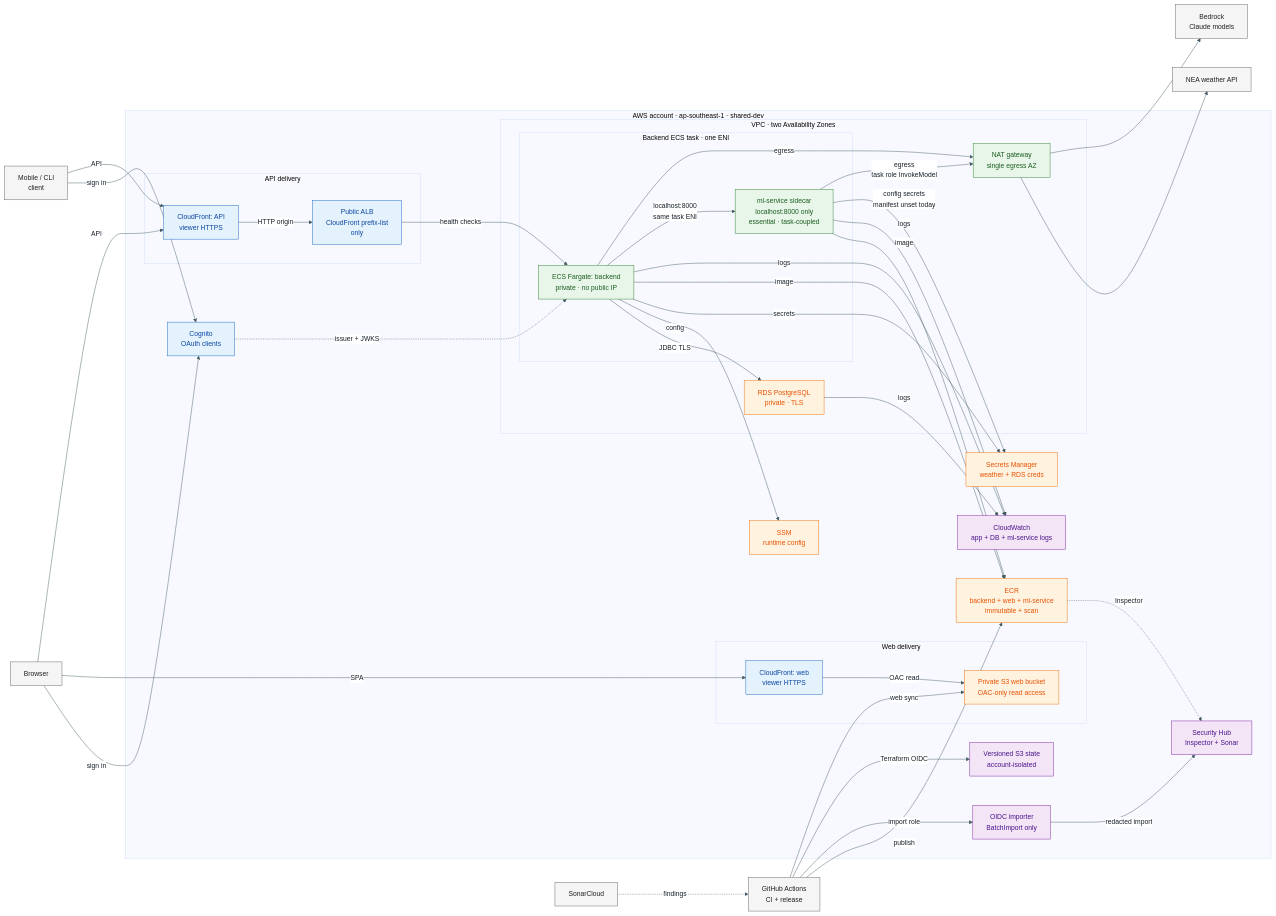
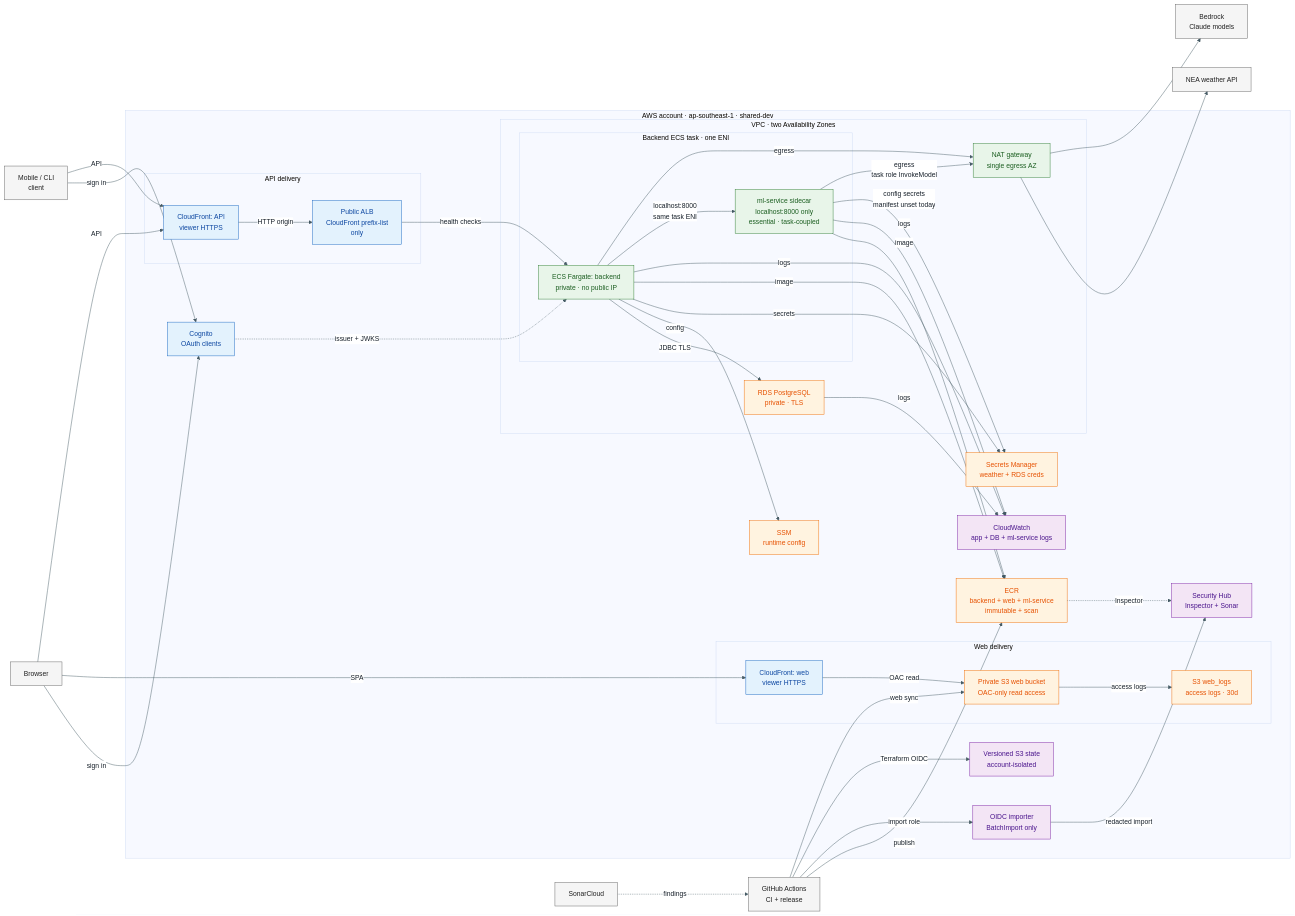
The first of 3 diagrams in docs/architecture/terraform-architecture.md (zctiong-iss/crewsafe), drawn with Mermaid before and after one commit. The commit also changed other lines of this file and 2 other files, not shown here.

Commit message:
feat: enhance architecture documentation with staging verification and access logging details

````diff
--- a/docs/architecture/terraform-architecture.md
+++ b/docs/architecture/terraform-architecture.md
@@ -40,6 +40,7 @@
     subgraph webedge[Web delivery]
       webcf[CloudFront: web<br/>viewer HTTPS]
       webbucket[Private S3 web bucket<br/>OAC-only read access]
+      weblogs[S3 web_logs<br/>access logs · 30d]
     end
 
     subgraph apiedge[API delivery]
@@ -68,6 +69,7 @@
   browser -->|sign in| cognito
   mobile -->|sign in| cognito
   browser -->|SPA| webcf -->|OAC read| webbucket
+  webbucket -->|access logs| weblogs
   browser -->|API| apicf -->|HTTP origin| alb -->|health checks| ecs
   mobile -->|API| apicf
   cognito -.->|issuer + JWKS| ecs
@@ -99,6 +101,6 @@
   class browser,mobile,github,nea,bedrock,sonar client;
   class cognito,webcf,apicf,alb edge;
   class nat,ecs,mlservice compute;
-  class webbucket,rds,ecr,ssm,secrets data;
+  class webbucket,weblogs,rds,ecr,ssm,secrets data;
   class logs,securityhub,importer,state ops;
 ```
````
